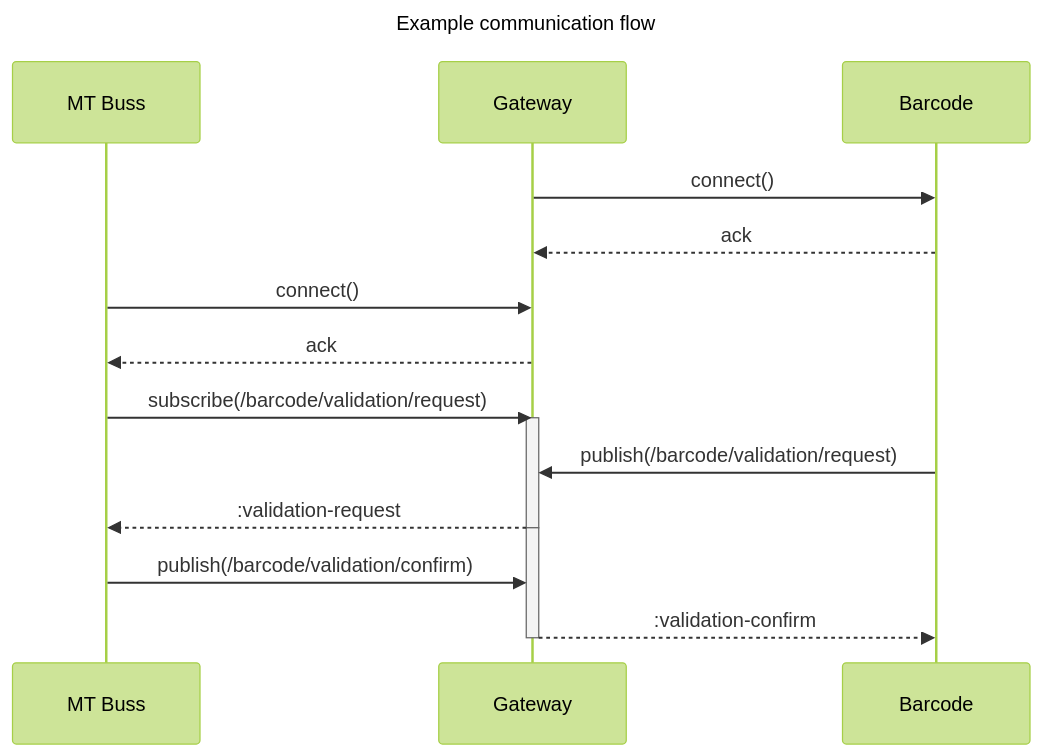
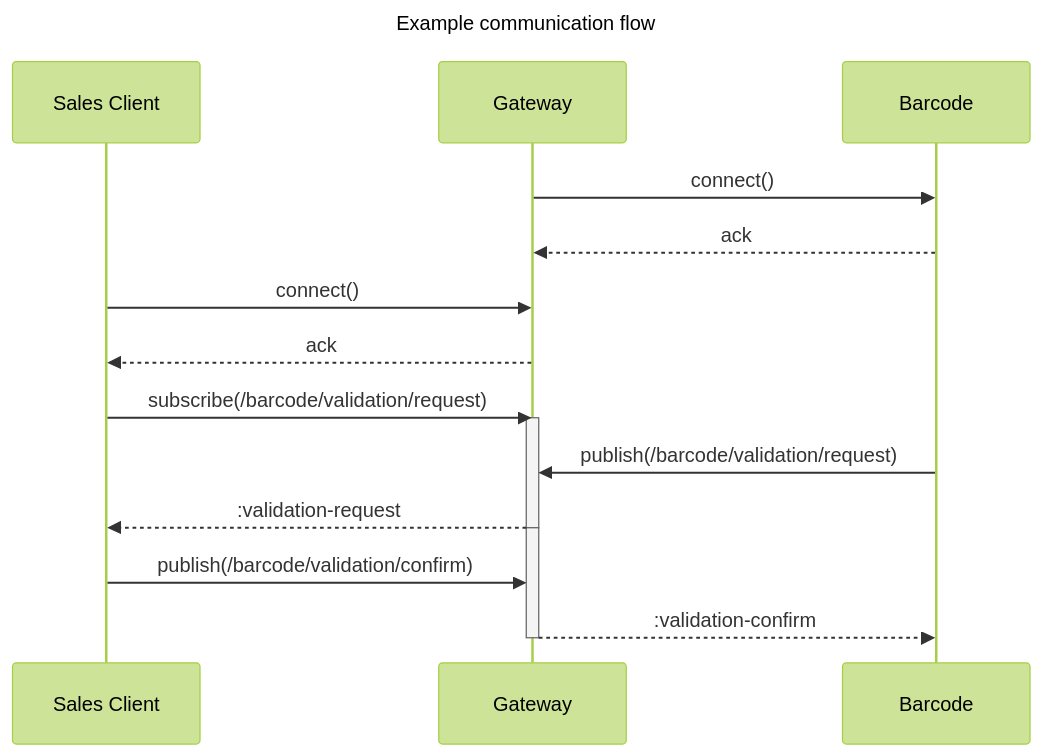
One commit to mrfylke/frammr-mqtt-validator changed the second of 2 diagrams in README.md. Above: the diagram before and after it, drawn with Mermaid (forest theme). The commit also changed other lines of this file and 26 other files, not shown here.

````diff
--- a/README.md
+++ b/README.md
@@ -134,27 +143,27 @@
 ```mermaid
 ---
 title: Example communication flow
 ---
 sequenceDiagram
-    participant MT Buss
+    participant Sales Client
     participant Gateway
 
     Gateway->>Barcode: connect()
     Barcode-->>Gateway: ack
 
-    MT Buss->>Gateway: connect()
-    Gateway-->>MT Buss: ack
+    Sales Client->>Gateway: connect()
+    Gateway-->>Sales Client: ack
 
-    MT Buss->>Gateway: subscribe(/barcode/validation/request)
+    Sales Client->>Gateway: subscribe(/barcode/validation/request)
     activate Gateway
 
     Barcode->>Gateway: publish(/barcode/validation/request)
-    Gateway-->>MT Buss: :validation-request
+    Gateway-->>Sales Client: :validation-request
     deactivate Gateway
 
     activate Gateway
-    MT Buss->>Gateway: publish(/barcode/validation/confirm)
+    Sales Client->>Gateway: publish(/barcode/validation/confirm)
     Gateway-->>Barcode: :validation-confirm
 
     deactivate Gateway
 ```
````
